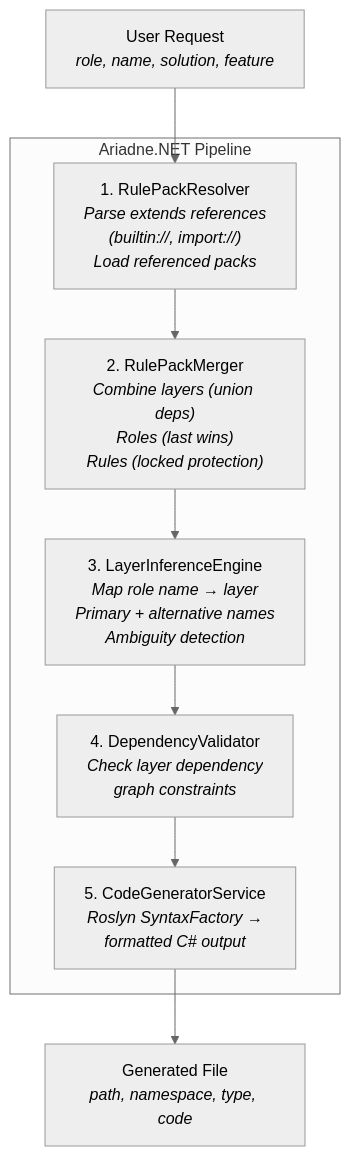
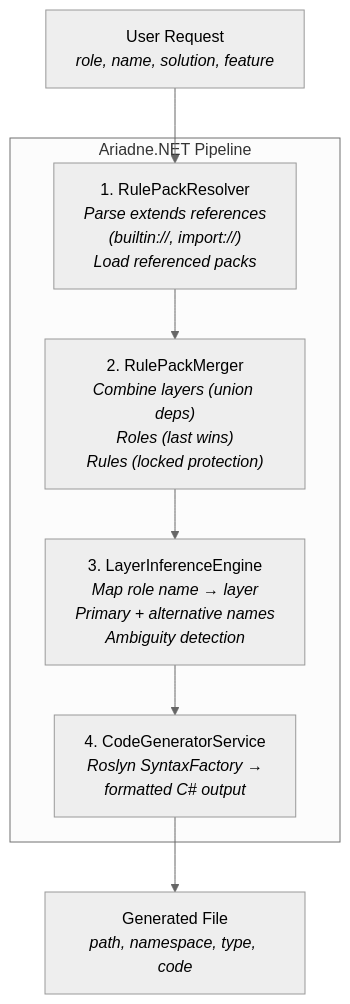
One commit to MarcelRoozekrans/Ariadne.NET changed the second of 4 diagrams in docs-site/docs/how-it-works/02-architecture.md. Above: the diagram before and after it, drawn with Mermaid (neutral theme). The commit also changed other lines of this file and 11 other files, not shown here.

````diff
--- a/docs-site/docs/how-it-works/02-architecture.md
+++ b/docs-site/docs/how-it-works/02-architecture.md
@@ -39,14 +41,13 @@
 ```mermaid
 flowchart TD
     A["User Request<br/><i>role, name, solution, feature</i>"] --> B
 
     subgraph Core["Ariadne.NET Pipeline"]
         B["1. RulePackResolver<br/><i>Parse extends references<br/>(builtin://, import://)<br/>Load referenced packs</i>"]
         B --> C["2. RulePackMerger<br/><i>Combine layers (union deps)<br/>Roles (last wins)<br/>Rules (locked protection)</i>"]
         C --> D["3. LayerInferenceEngine<br/><i>Map role name → layer<br/>Primary + alternative names<br/>Ambiguity detection</i>"]
-        D --> E["4. DependencyValidator<br/><i>Check layer dependency<br/>graph constraints</i>"]
-        E --> F["5. CodeGeneratorService<br/><i>Roslyn SyntaxFactory →<br/>formatted C# output</i>"]
+        D --> E["4. CodeGeneratorService<br/><i>Roslyn SyntaxFactory →<br/>formatted C# output</i>"]
     end
 
-    F --> G["Generated File<br/><i>path, namespace, type, code</i>"]
+    E --> G["Generated File<br/><i>path, namespace, type, code</i>"]
 ```
````
